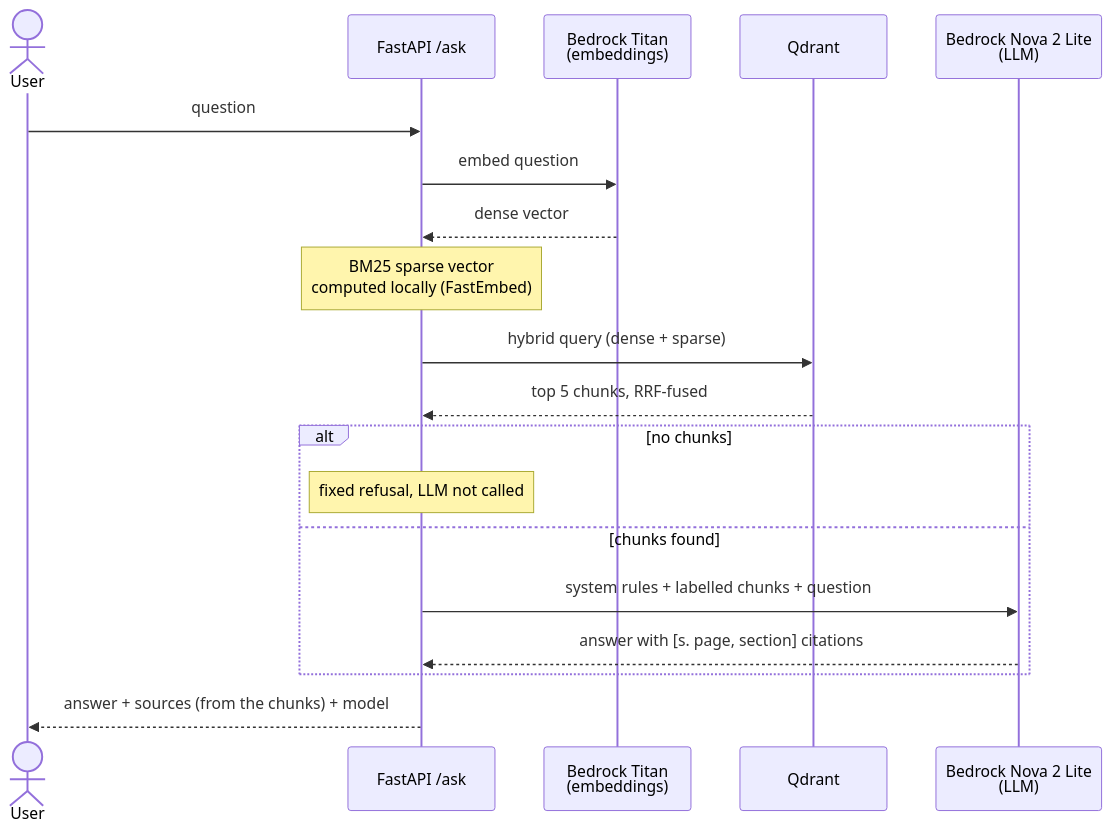
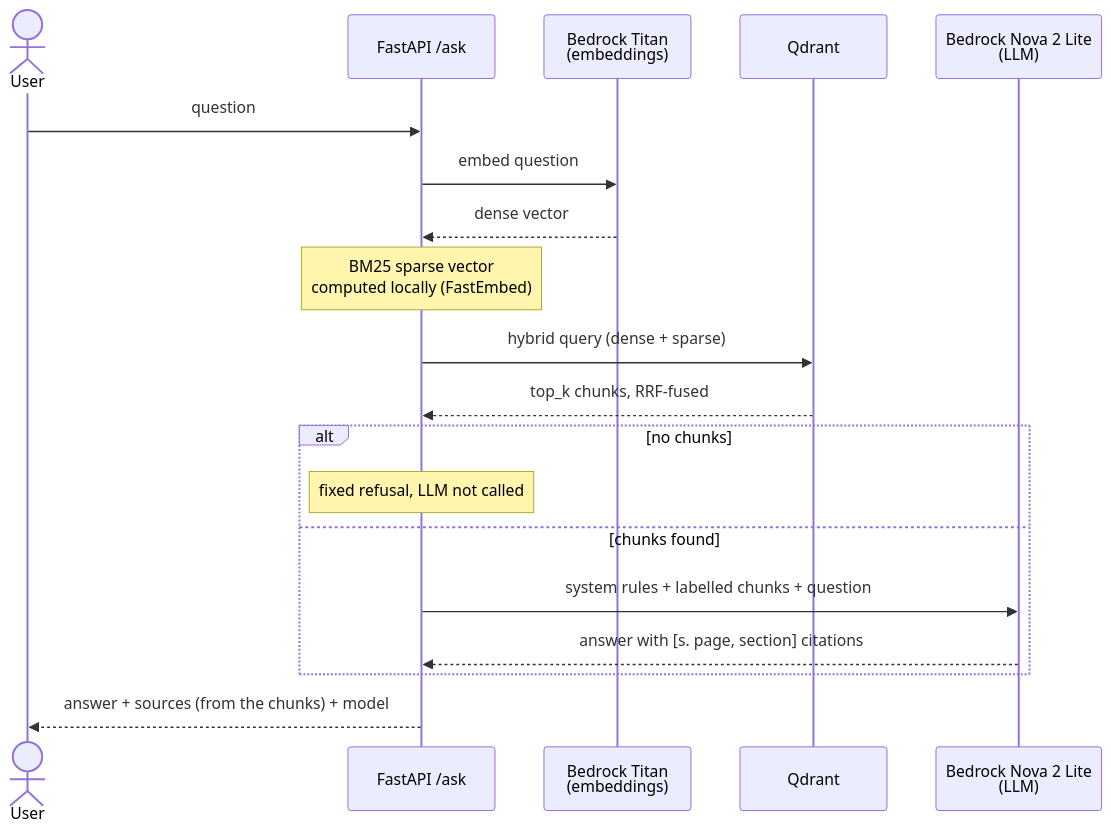
The second of 2 diagrams in docs/ask-flow.md (Guesswhoisback99/leukemia-agent), drawn with Mermaid before and after one commit. The commit also changed other lines of this file and 6 other files, not shown here.

````diff
--- a/docs/ask-flow.md
+++ b/docs/ask-flow.md
@@ -34,22 +34,22 @@
 ```mermaid
 sequenceDiagram
     actor User
     participant API as FastAPI /ask
     participant Titan as Bedrock Titan<br/>(embeddings)
     participant Qdrant
     participant Nova as Bedrock Nova 2 Lite<br/>(LLM)
 
     User->>API: question
     API->>Titan: embed question
     Titan-->>API: dense vector
     Note over API: BM25 sparse vector<br/>computed locally (FastEmbed)
     API->>Qdrant: hybrid query (dense + sparse)
-    Qdrant-->>API: top 5 chunks, RRF-fused
+    Qdrant-->>API: top_k chunks, RRF-fused
     alt no chunks
         Note over API: fixed refusal, LLM not called
     else chunks found
         API->>Nova: system rules + labelled chunks + question
         Nova-->>API: answer with [s. page, section] citations
     end
     API-->>User: answer + sources (from the chunks) + model
 ```
````
